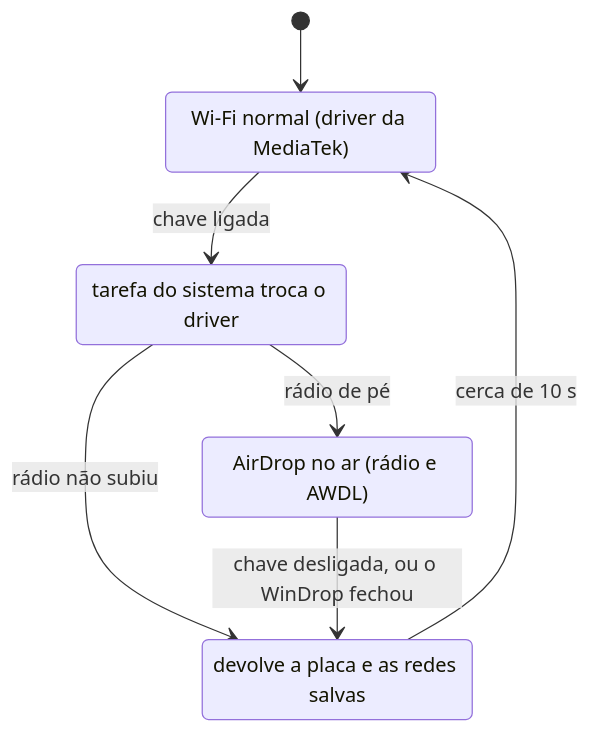
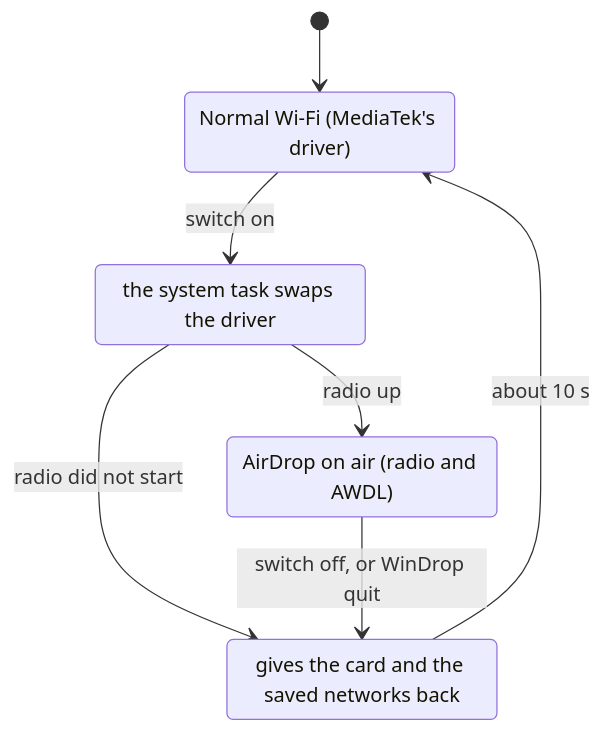
One commit to matheusbgodoi/WinDrop changed the third of 3 diagrams in README.md. Above: the diagram before and after it, drawn with Mermaid. The commit also changed other lines of this file and 3 other files, not shown here.

````diff
--- a/README.md
+++ b/README.md
@@ -192,14 +197,14 @@
 ```mermaid
 stateDiagram-v2
     [*] --> WiFi
-    WiFi: Wi-Fi normal (driver da MediaTek)
-    Trocando: tarefa do sistema troca o driver
-    AirDrop: AirDrop no ar (rádio e AWDL)
-    Devolvendo: devolve a placa e as redes salvas
+    WiFi: Normal Wi-Fi (MediaTek's driver)
+    Swapping: the system task swaps the driver
+    AirDrop: AirDrop on air (radio and AWDL)
+    GivingBack: gives the card and the saved networks back
 
-    WiFi --> Trocando: chave ligada
-    Trocando --> AirDrop: rádio de pé
-    Trocando --> Devolvendo: rádio não subiu
-    AirDrop --> Devolvendo: chave desligada, ou o WinDrop fechou
-    Devolvendo --> WiFi: cerca de 10 s
+    WiFi --> Swapping: switch on
+    Swapping --> AirDrop: radio up
+    Swapping --> GivingBack: radio did not start
+    AirDrop --> GivingBack: switch off, or WinDrop quit
+    GivingBack --> WiFi: about 10 s
 ```
````
